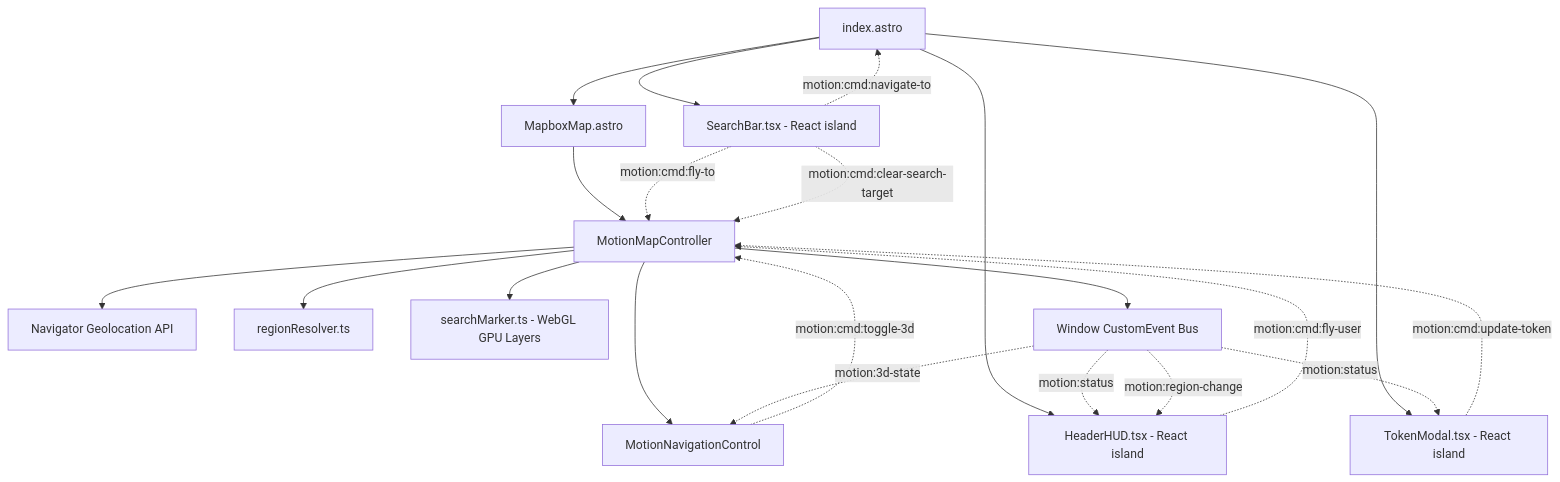
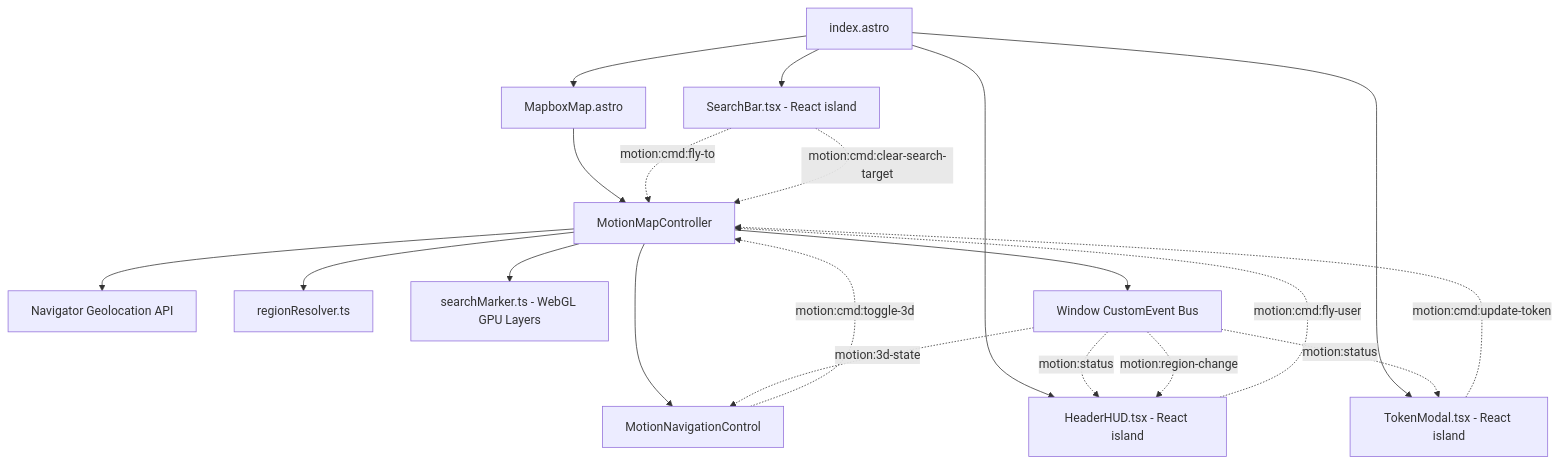
Before and after one commit to LucidMach/Motion: the diagram in UI/ARCHITECTURE.md, drawn with Mermaid. The commit also changed other lines of this file and 840 other files, not shown here.

````diff
--- a/UI/ARCHITECTURE.md
+++ b/UI/ARCHITECTURE.md
@@ -11,25 +11,24 @@
 ```mermaid
 graph TD
     App[index.astro] --> Map[MapboxMap.astro]
     App --> HUD[HeaderHUD.tsx - React island]
     App --> Modal[TokenModal.tsx - React island]
     App --> Search[SearchBar.tsx - React island]
 
     Map --> Controller[MotionMapController]
     Controller --> NavDock[MotionNavigationControl]
     Controller --> Geolocation[Navigator Geolocation API]
     Controller --> RegionEngine[regionResolver.ts]
     Controller --> SearchTarget[searchMarker.ts - WebGL GPU Layers]
     Controller --> EventBus[Window CustomEvent Bus]
 
     EventBus -.->|motion:status| HUD
     EventBus -.->|motion:status| Modal
     EventBus -.->|motion:region-change| HUD
     EventBus -.->|motion:3d-state| NavDock
     HUD -.->|motion:cmd:fly-user| Controller
     NavDock -.->|motion:cmd:toggle-3d| Controller
     Modal -.->|motion:cmd:update-token| Controller
     Search -.->|motion:cmd:fly-to| Controller
     Search -.->|motion:cmd:clear-search-target| Controller
-    Search -.->|motion:cmd:navigate-to| App
 ```
````
